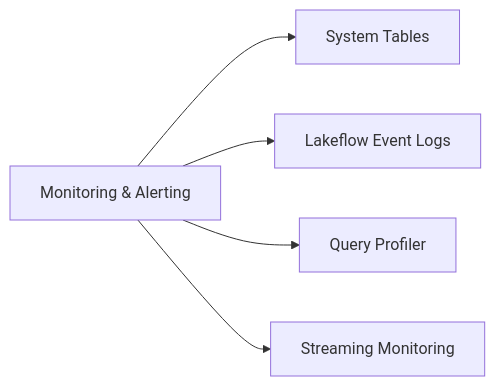
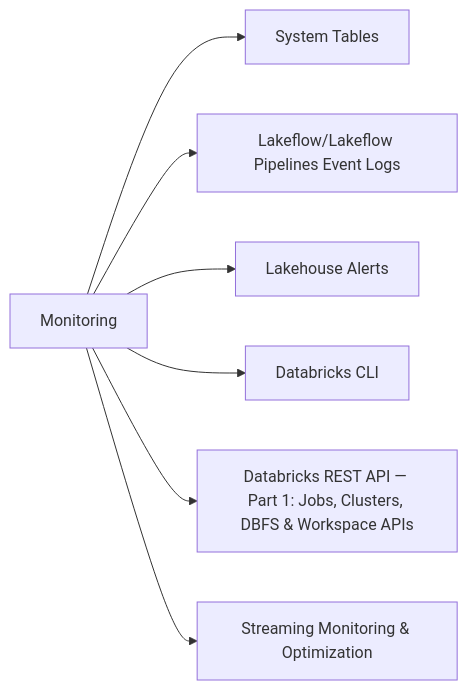
The diagram in certifications/data-engineer-professional/04-monitoring-and-alerting/README.md (kengio/databricks-certification-study-guide), drawn with Mermaid before and after one commit. The commit also changed other lines of this file and 209 other files, not shown here.

````diff
--- a/certifications/data-engineer-professional/04-monitoring-and-alerting/README.md
+++ b/certifications/data-engineer-professional/04-monitoring-and-alerting/README.md
@@ -17,7 +18,10 @@
 ```mermaid
 flowchart LR
-    Mon[Monitoring & Alerting] --> ST[System Tables]
-    Mon --> LEL[Lakeflow Event Logs]
-    Mon --> QP[Query Profiler]
-    Mon --> SMon[Streaming Monitoring]
+    D[Monitoring]
+    D --> T1["System Tables"]
+    D --> T2["Lakeflow/Lakeflow Pipelines Event Logs"]
+    D --> T3["Lakehouse Alerts"]
+    D --> T4["Databricks CLI"]
+    D --> T5["Databricks REST API — Part 1: Jobs, Clusters, DBFS & Workspace APIs"]
+    D --> T6["Streaming Monitoring & Optimization"]
 ```
````
